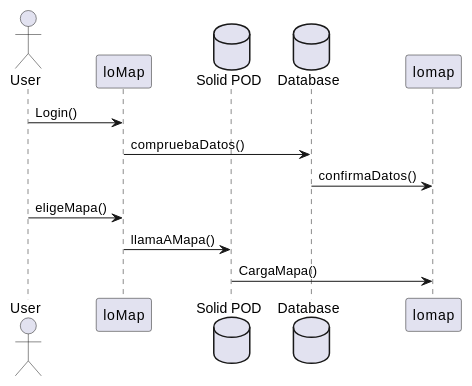
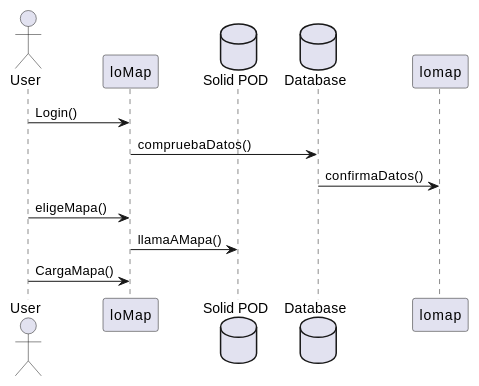
Before and after one commit to Arquisoft/lomap_es4c: the third of 8 diagrams in docs/06_runtime_view.adoc, drawn with PlantUML. The commit also changed other lines of this file, not shown here.

```diff
--- a/docs/06_runtime_view.adoc
+++ b/docs/06_runtime_view.adoc
@@ -70,14 +70,14 @@
 [plantuml,"Cargar mapa",png]
 ----
 actor User as user
 participant "loMap" as loMap
 database "Solid POD" as pod
 database "Database" as data
 
 user -> loMap :Login()
 loMap -> data: compruebaDatos()
 lomap <- data: confirmaDatos()
 user -> loMap : eligeMapa()
 loMap -> pod: llamaAMapa()
-lomap <- pod : CargaMapa()
+user -> loMap : CargaMapa()
 ----
```
